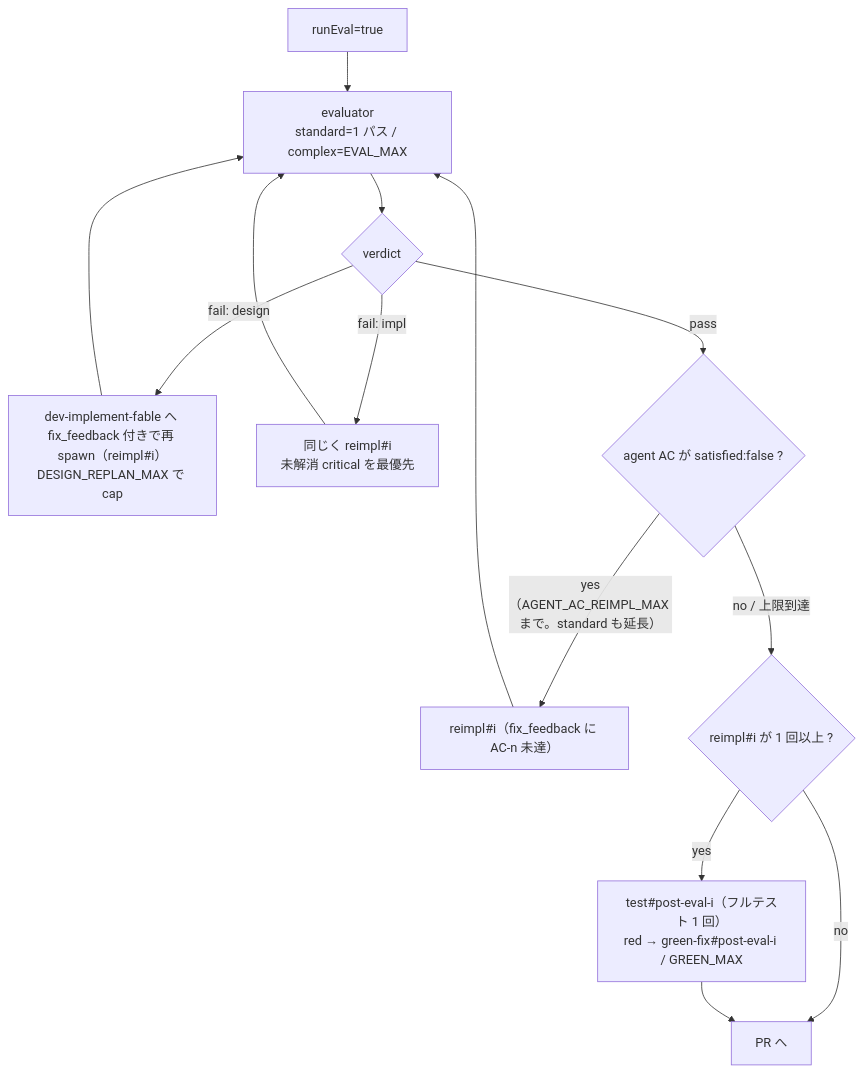
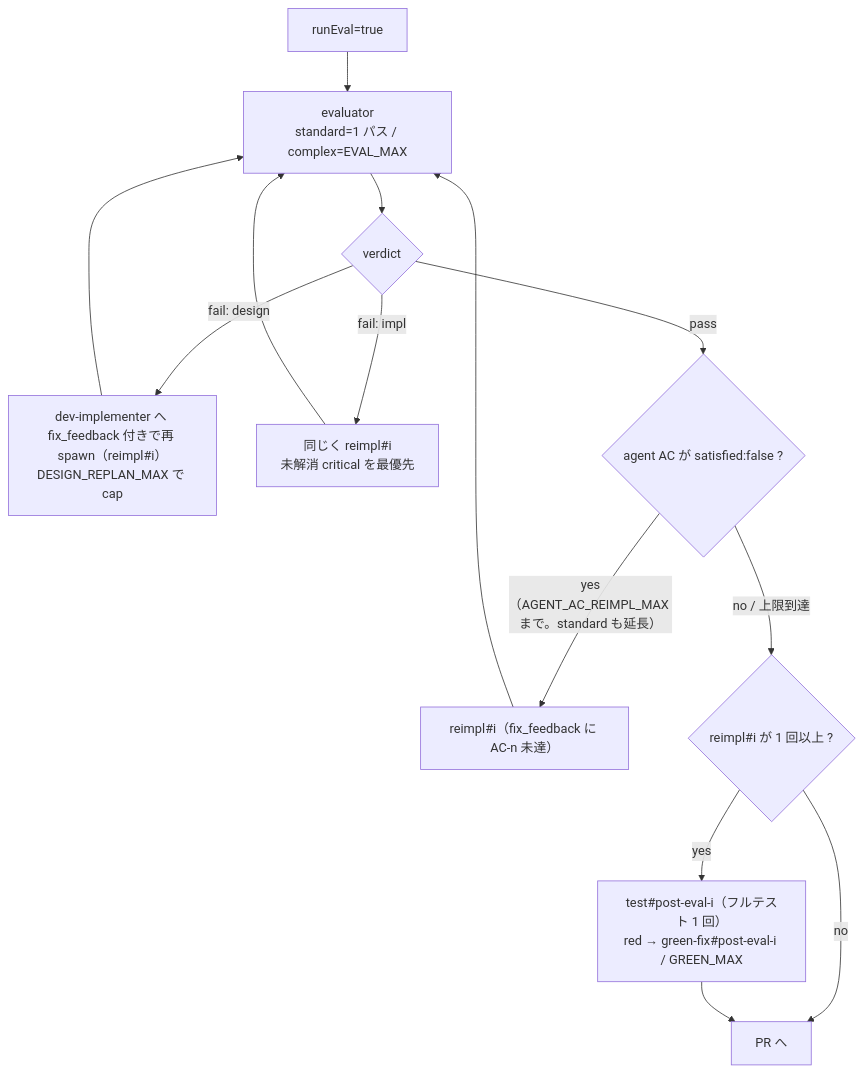
Before and after one commit to it-all-playpark/skills: the seventh of 13 diagrams in docs/dev-flow-atlas.md, drawn with Mermaid. The commit also changed other lines of this file and 99 other files, not shown here.

First line of the commit message:
refactor(dev-flow): 実態と合わない名前を直す（dev-implement-fable → dev-implementer、parallel-disjoint → declared-paths、古い model コメント） (#762)

````diff
--- a/docs/dev-flow-atlas.md
+++ b/docs/dev-flow-atlas.md
@@ -184,16 +184,16 @@
 ```mermaid
 flowchart TD
     IN["runEval=true"] --> E1["evaluator<br/>standard=1 パス / complex=EVAL_MAX"]
     E1 --> E2{"verdict"}
-    E2 -->|"fail: design"| E3["dev-implement-fable へ fix_feedback 付きで再 spawn（reimpl#i）<br/>DESIGN_REPLAN_MAX で cap"]
+    E2 -->|"fail: design"| E3["dev-implementer へ fix_feedback 付きで再 spawn（reimpl#i）<br/>DESIGN_REPLAN_MAX で cap"]
     E3 --> E1
     E2 -->|"fail: impl"| E4["同じく reimpl#i<br/>未解消 critical を最優先"]
     E4 --> E1
     E2 -->|pass| A0{"agent AC が satisfied:false ?"}
     A0 -->|"yes（AGENT_AC_REIMPL_MAX まで。standard も延長）"| E5["reimpl#i（fix_feedback に AC-n 未達）"]
     E5 --> E1
     A0 -->|"no / 上限到達"| P0{"reimpl#i が 1 回以上 ?"}
     P0 -->|no| OUT["PR へ"]
     P0 -->|yes| P1["test#post-eval-i（フルテスト 1 回）<br/>red → green-fix#post-eval-i / GREEN_MAX"]
     P1 --> OUT
 ```
````
